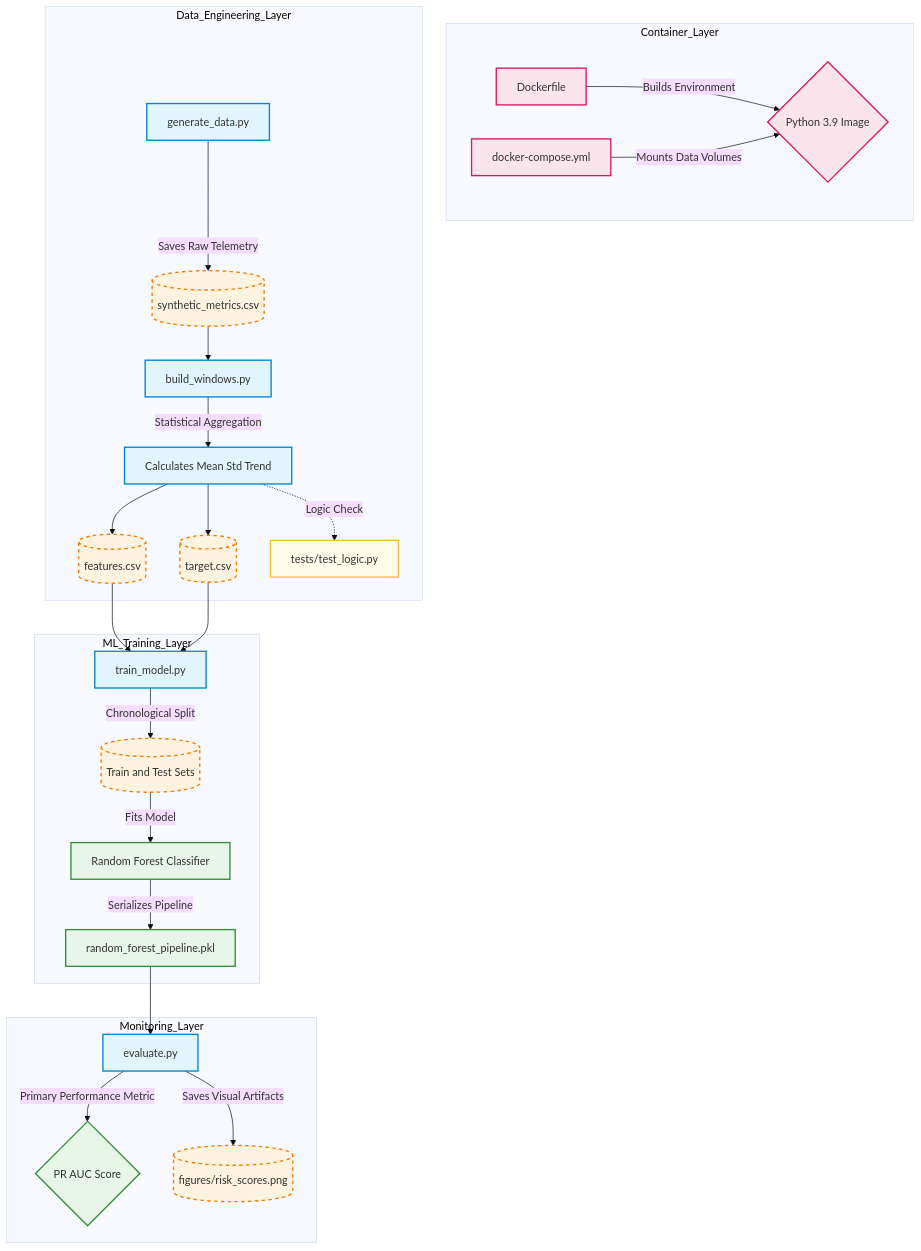
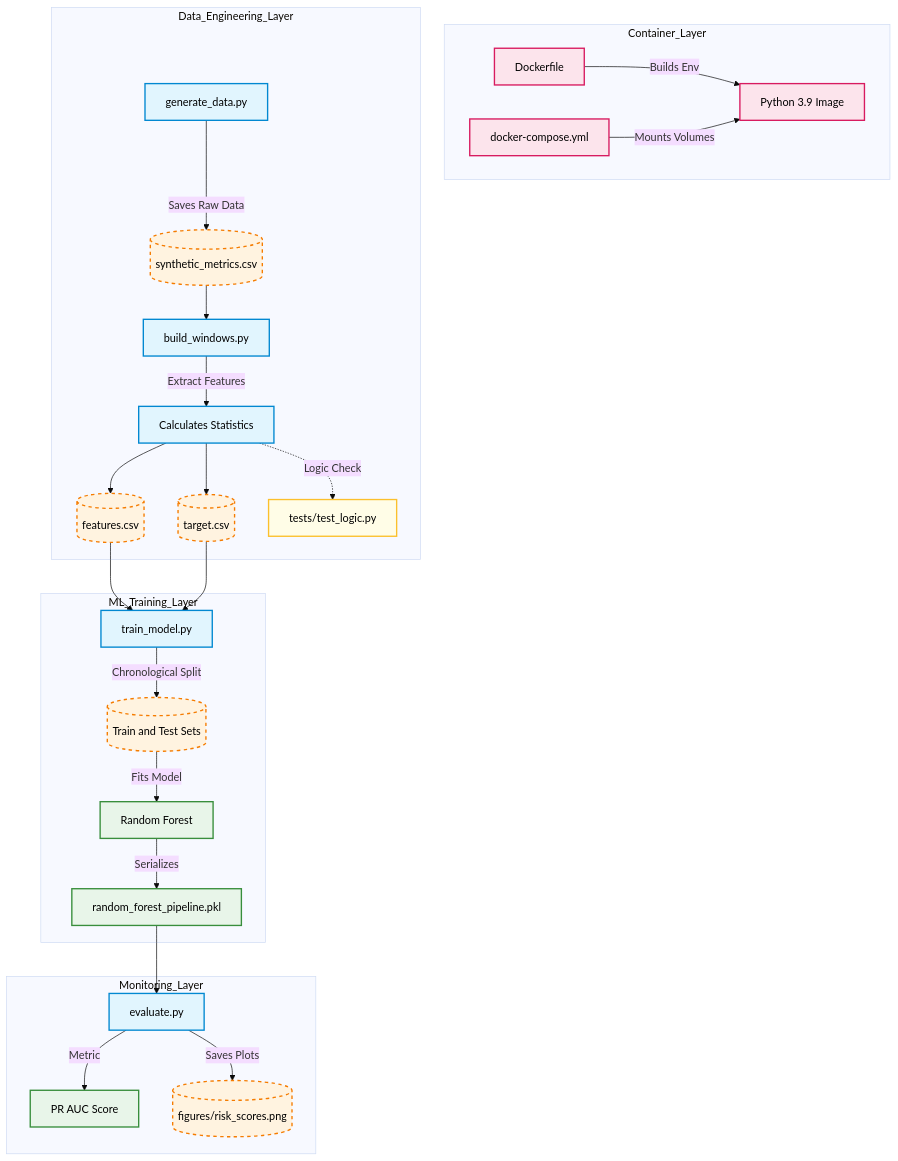
One commit to JinTonikCZ/cloud-metrics-incident-prediction changed the second of 2 diagrams in README.md. Above: the diagram before and after it, drawn with Mermaid (base theme). The commit also changed other lines of this file, not shown here.

````diff
--- a/README.md
+++ b/README.md
@@ -59,42 +59,42 @@
 ```mermaid
 flowchart TD
-    %% Colors and Styles
-    classDef docker fill:#fce4ec,stroke:#d81b60,stroke-width:2px;
-    classDef script fill:#e1f5fe,stroke:#0288d1,stroke-width:2px;
-    classDef data fill:#fff3e0,stroke:#f57c00,stroke-width:2px,stroke-dasharray: 5 5;
-    classDef model fill:#e8f5e9,stroke:#388e3c,stroke-width:2px;
-    classDef test fill:#fffde7,stroke:#fbc02d,stroke-width:2px;
+    %% Colors and Styles with forced black text
+    classDef docker fill:#fce4ec,stroke:#d81b60,stroke-width:2px,color:#000;
+    classDef script fill:#e1f5fe,stroke:#0288d1,stroke-width:2px,color:#000;
+    classDef data fill:#fff3e0,stroke:#f57c00,stroke-width:2px,stroke-dasharray: 5 5,color:#000;
+    classDef model fill:#e8f5e9,stroke:#388e3c,stroke-width:2px,color:#000;
+    classDef test fill:#fffde7,stroke:#fbc02d,stroke-width:2px,color:#000;
 
     subgraph Container_Layer
-        D1[Dockerfile]:::docker -->|Builds Environment| Img{Python 3.9 Image}:::docker
-        D2[docker-compose.yml]:::docker -->|Mounts Data Volumes| Img
+        D1[Dockerfile]:::docker -->|Builds Env| Img[Python 3.9 Image]:::docker
+        D2[docker-compose.yml]:::docker -->|Mounts Volumes| Img
     end
 
     subgraph Data_Engineering_Layer
-        S1[generate_data.py]:::script -->|Saves Raw Telemetry| DA1[(synthetic_metrics.csv)]:::data
+        S1[generate_data.py]:::script -->|Saves Raw Data| DA1[(synthetic_metrics.csv)]:::data
         
         DA1 --> S2[build_windows.py]:::script
-        S2 -->|Statistical Aggregation| S2_F[Calculates Mean Std Trend]:::script
+        S2 -->|Extract Features| S2_F[Calculates Statistics]:::script
         
         S2_F --> DA2[(features.csv)]:::data
         S2_F --> DA3[(target.csv)]:::data
         
         S2_F -.->|Logic Check| T1[tests/test_logic.py]:::test
     end
 
     subgraph ML_Training_Layer
         DA2 --> S3[train_model.py]:::script
         DA3 --> S3
         
         S3 -->|Chronological Split| TSet[(Train and Test Sets)]:::data
-        TSet -->|Fits Model| RF[Random Forest Classifier]:::model
+        TSet -->|Fits Model| RF[Random Forest]:::model
         
-        RF -->|Serializes Pipeline| MO1[random_forest_pipeline.pkl]:::model
+        RF -->|Serializes| MO1[random_forest_pipeline.pkl]:::model
     end
 
     subgraph Monitoring_Layer
         MO1 --> S4[evaluate.py]:::script
-        S4 -->|Primary Performance Metric| M1{PR AUC Score}:::model
-        S4 -->|Saves Visual Artifacts| M2[(figures/risk_scores.png)]:::data
+        S4 -->|Metric| M1[PR AUC Score]:::model
+        S4 -->|Saves Plots| M2[(figures/risk_scores.png)]:::data
     end
 ```
````
